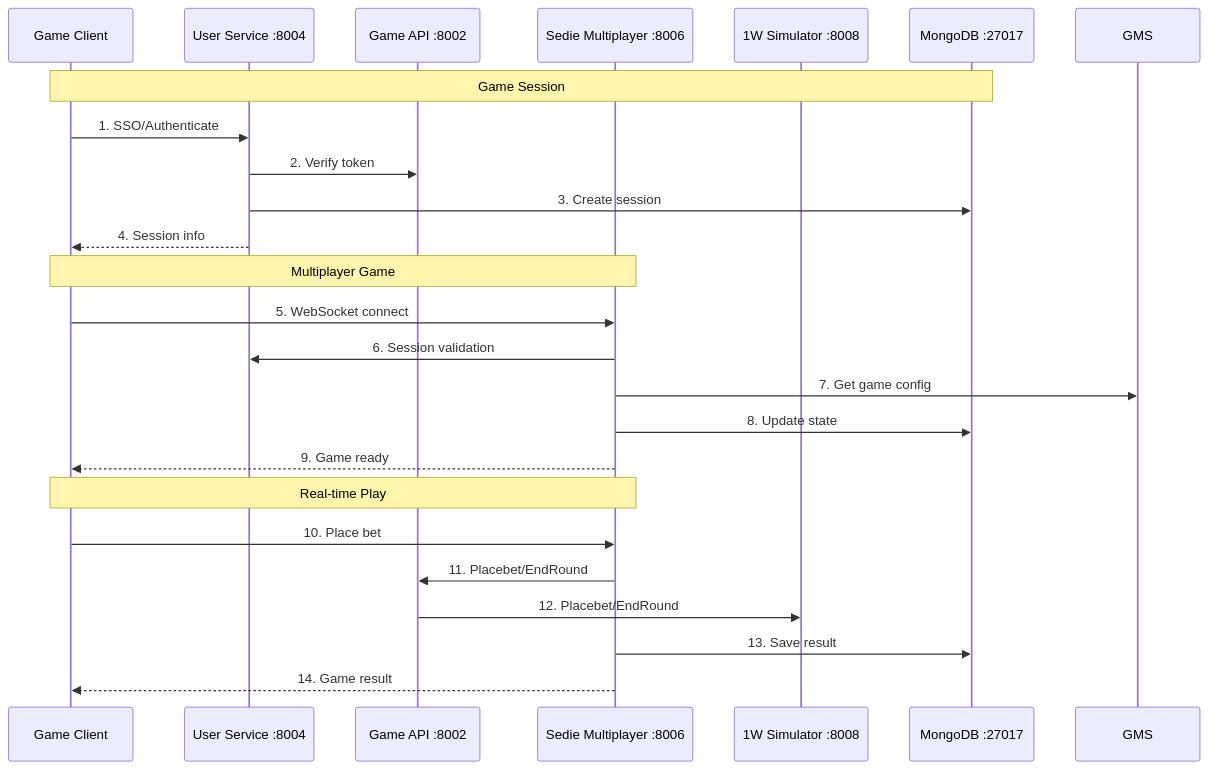
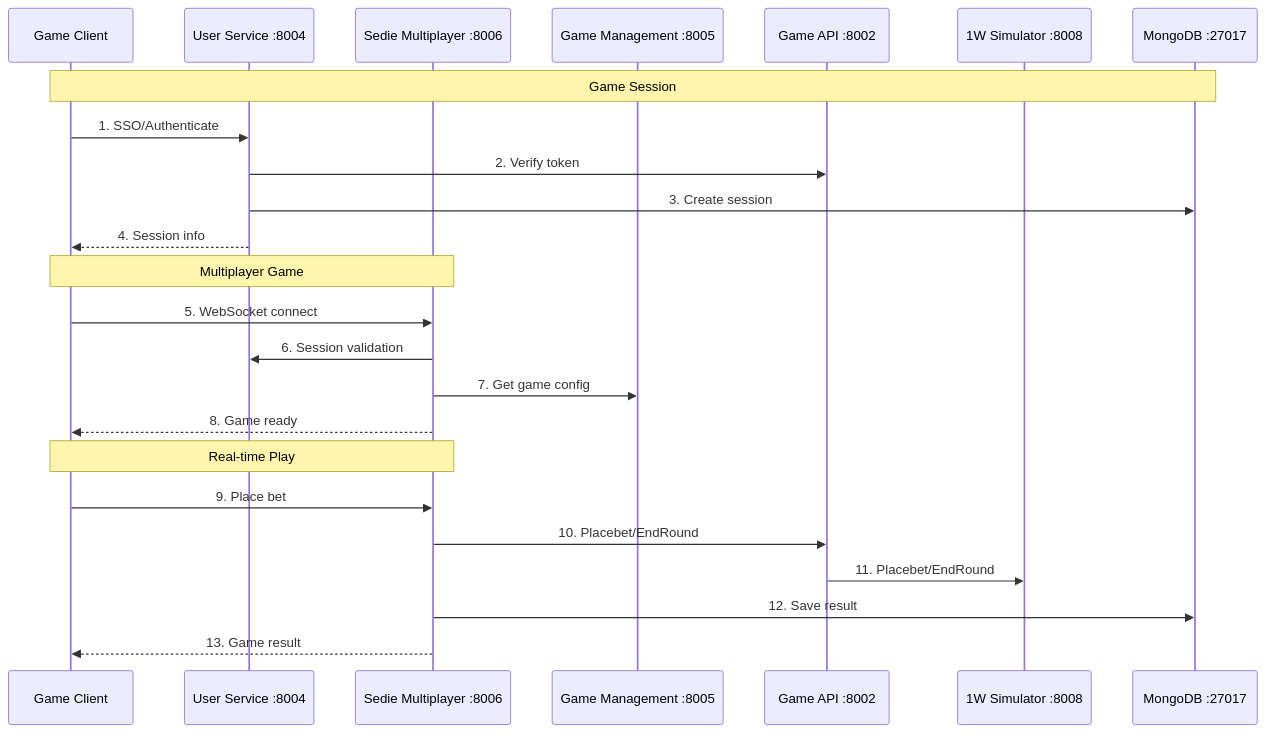
One commit to starixvn/l1_training_backend-training changed the second of 2 diagrams in README.md. Above: the diagram before and after it, drawn with Mermaid.

Commit message:
docs: update README.md to improve sequence diagram by reordering service interactions and clarifying game flow steps

````diff
--- a/README.md
+++ b/README.md
@@ -306,29 +306,29 @@
 ```mermaid
 sequenceDiagram
     participant Client as Game Client
     participant User as User Service :8004
+    participant SMS as Sedie Multiplayer :8006
+    participant GMS as Game Management :8005
     participant Game as Game API :8002
-    participant SMS as Sedie Multiplayer :8006
     participant OWS as 1W Simulator :8008
     participant DB as MongoDB :27017
 
          Note over Client,DB: Game Session
      Client->>User: 1. SSO/Authenticate
      User->>Game: 2. Verify token
      User->>DB: 3. Create session
      User-->>Client: 4. Session info
 
-                                       Note over Client,SMS: Multiplayer Game
-       Client->>SMS: 5. WebSocket connect
-       SMS->>User: 6. Session validation
-       SMS->>GMS: 7. Get game config
-       SMS->>DB: 8. Update state
-       SMS-->>Client: 9. Game ready
+                                                                               Note over Client,SMS: Multiplayer Game
+        Client->>SMS: 5. WebSocket connect
+        SMS->>User: 6. Session validation
+        SMS->>GMS: 7. Get game config
+        SMS-->>Client: 8. Game ready
 
-                                                                               Note over Client,SMS: Real-time Play
-                 Client->>SMS: 10. Place bet
-         SMS->>Game: 11. Placebet/EndRound
-         Game->>OWS: 12. Placebet/EndRound
-         SMS->>DB: 13. Save result
-         SMS-->>Client: 14. Game result
+                                                                                                                                                               Note over Client,SMS: Real-time Play
+                  Client->>SMS: 9. Place bet
+          SMS->>Game: 10. Placebet/EndRound
+          Game->>OWS: 11. Placebet/EndRound
+          SMS->>DB: 12. Save result
+          SMS-->>Client: 13. Game result
 ```
````
